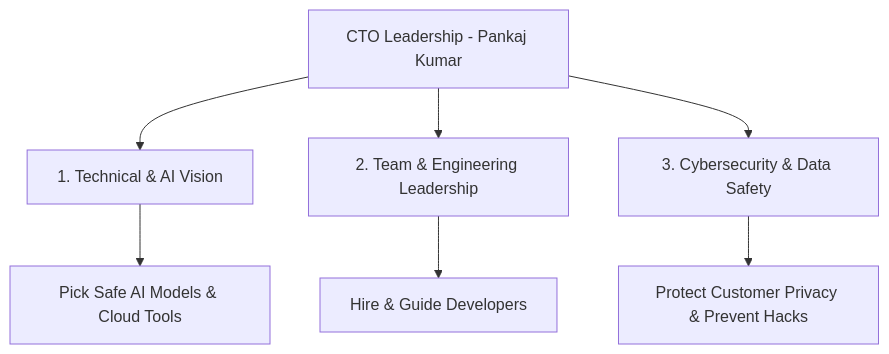
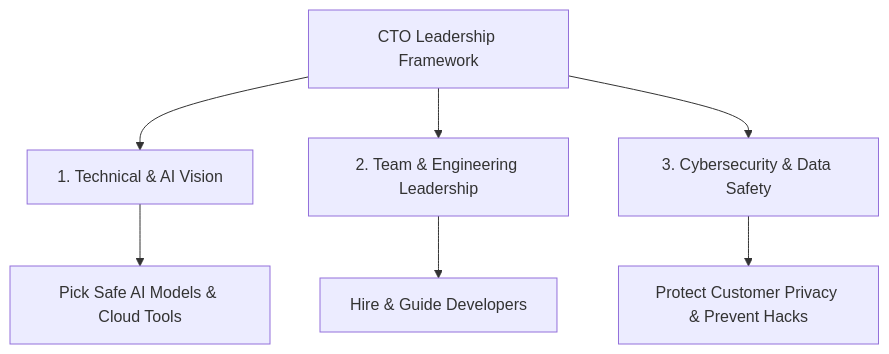
One commit to PankajKumarCTO/blog-store changed the diagram in users/pankajhyd/posts/importance-of-cto-in-ai-led-industry.md. Above: the diagram before and after it, drawn with Mermaid. The commit also changed other lines of this file, not shown here.

Commit message:
Remove CTO Pankaj Kumar title and update role to Associate Architect & Tech Leadership Writer

````diff
--- a/users/pankajhyd/posts/importance-of-cto-in-ai-led-industry.md
+++ b/users/pankajhyd/posts/importance-of-cto-in-ai-led-industry.md
@@ -88,10 +88,10 @@
 ```mermaid
 graph TD;
-    CTO[CTO Leadership - Pankaj Kumar] --> Vision[1. Technical & AI Vision];
+    CTO[CTO Leadership Framework] --> Vision[1. Technical & AI Vision];
     CTO --> People[2. Team & Engineering Leadership];
     CTO --> Security[3. Cybersecurity & Data Safety];
     
     Vision --> V1[Pick Safe AI Models & Cloud Tools];
     People --> P1[Hire & Guide Developers];
     Security --> S1[Protect Customer Privacy & Prevent Hacks];
 ```
````
